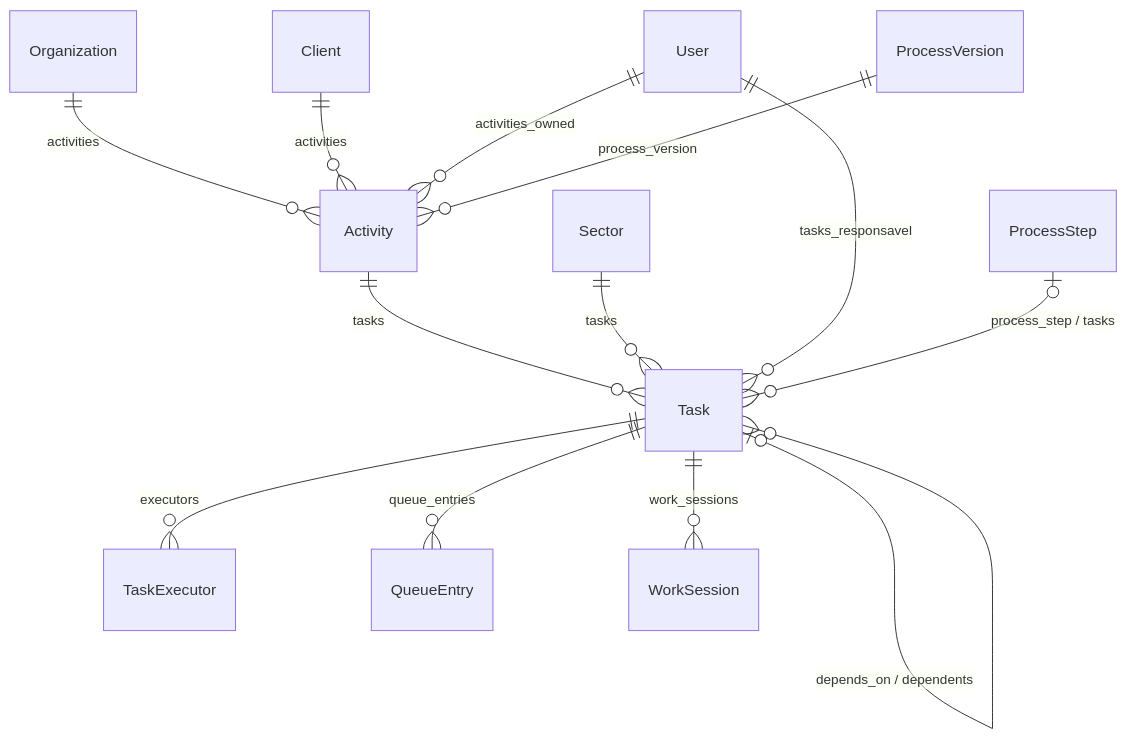
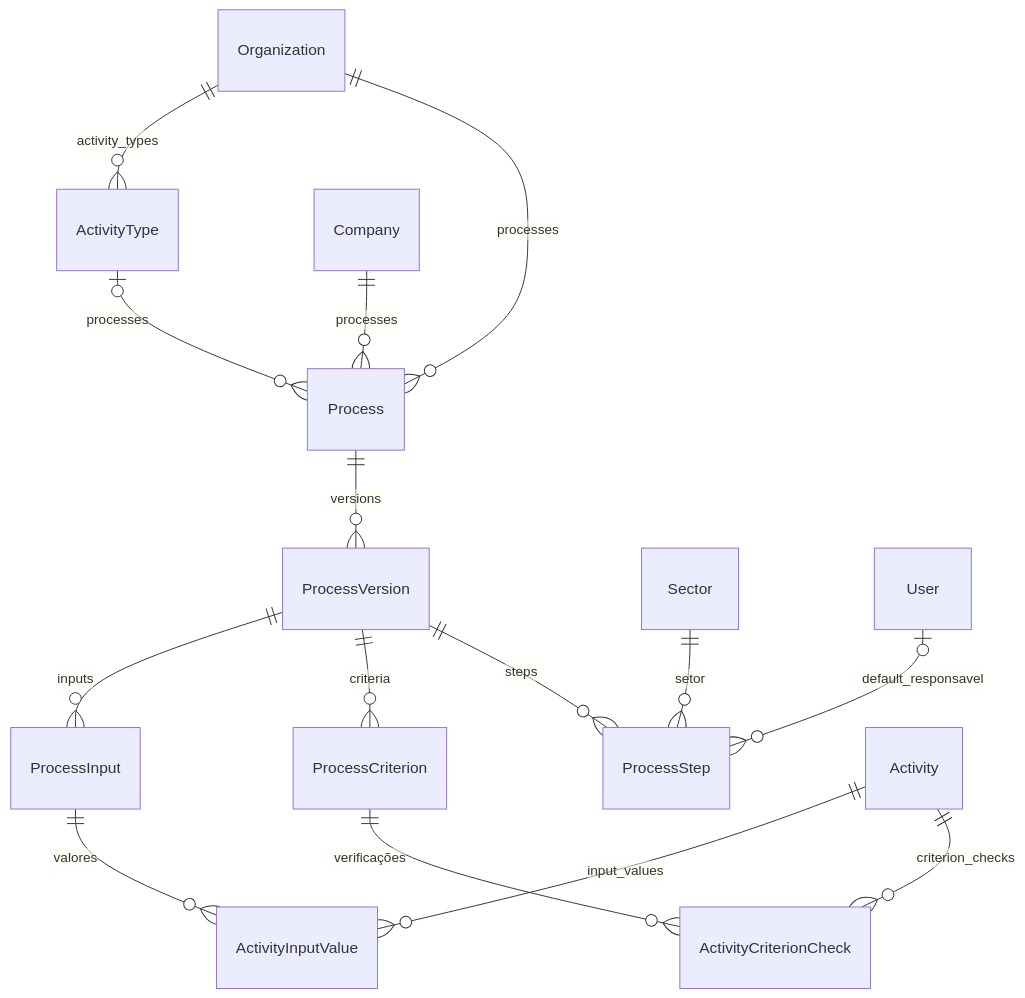
One commit to Lucasrafael703/workflow changed the seventh of 11 diagrams in docs/04_MODELOS_DE_DADOS.md. Above: the diagram before and after it, drawn with Mermaid. The commit also changed other lines of this file and 58 other files, not shown here.

````diff
--- a/docs/04_MODELOS_DE_DADOS.md
+++ b/docs/04_MODELOS_DE_DADOS.md
@@ -31,15 +154,17 @@
 ```mermaid
 erDiagram
-    Organization ||--o{ Activity : "activities"
-    Client ||--o{ Activity : "activities"
-    User ||--o{ Activity : "activities_owned"
-    Activity ||--o{ Task : "tasks"
-    Sector ||--o{ Task : "tasks"
-    User ||--o{ Task : "tasks_responsavel"
-    Task ||--o{ TaskExecutor : "executors"
-    Task ||--o{ QueueEntry : "queue_entries"
-    Task ||--o{ WorkSession : "work_sessions"
-    Task |o--o{ Task : "depends_on / dependents"
-    ProcessStep |o--o{ Task : "process_step / tasks"
-    ProcessVersion ||--o{ Activity : "process_version"
+    Organization ||--o{ ActivityType : "activity_types"
+    Organization ||--o{ Process : "processes"
+    Company ||--o{ Process : "processes"
+    ActivityType |o--o{ Process : "processes"
+    Process ||--o{ ProcessVersion : "versions"
+    ProcessVersion ||--o{ ProcessInput : "inputs"
+    ProcessVersion ||--o{ ProcessCriterion : "criteria"
+    ProcessVersion ||--o{ ProcessStep : "steps"
+    Sector ||--o{ ProcessStep : "setor"
+    User |o--o{ ProcessStep : "default_responsavel"
+    Activity ||--o{ ActivityInputValue : "input_values"
+    ProcessInput ||--o{ ActivityInputValue : "valores"
+    Activity ||--o{ ActivityCriterionCheck : "criterion_checks"
+    ProcessCriterion ||--o{ ActivityCriterionCheck : "verificações"
 ```
````
